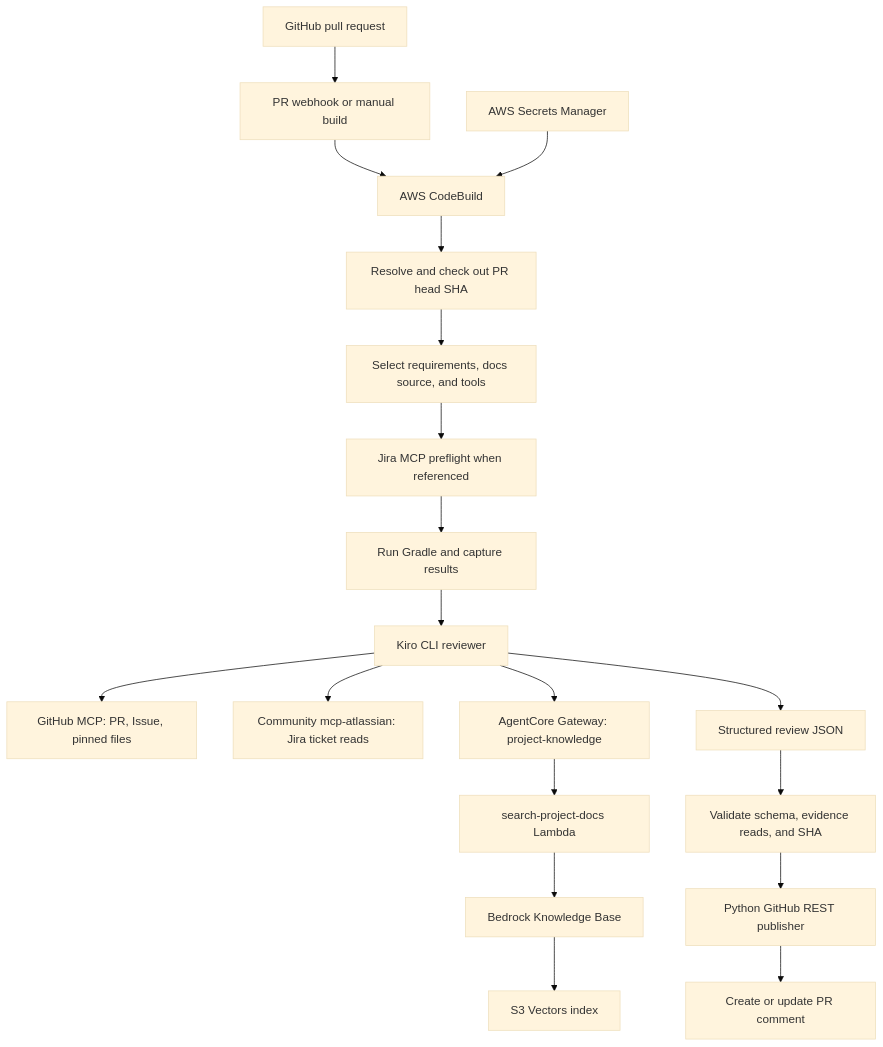
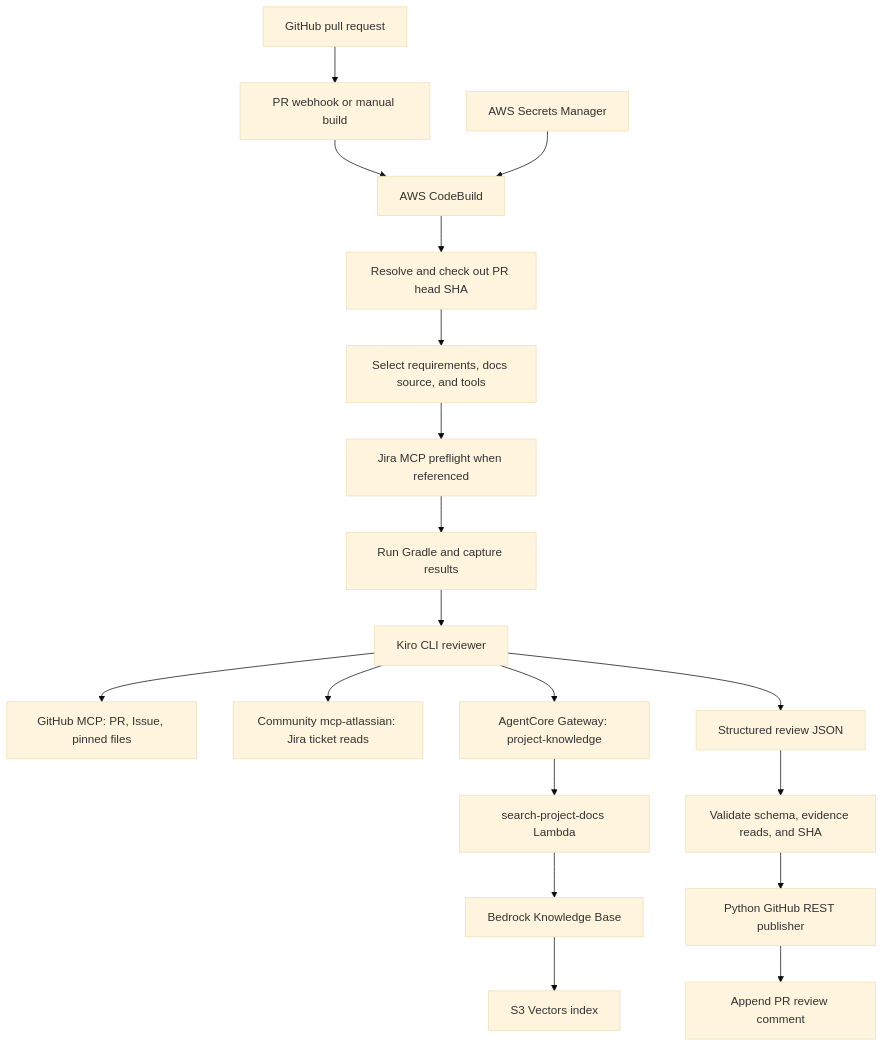
The first of 2 diagrams in README.md (pranaypolishetti26/pr-reviewer-poc), drawn with Mermaid (base theme) before and after one commit. The commit also changed other lines of this file and 2 other files, not shown here.

Commit message:
fix: preserve PR review history with distinct comments (#9)

````diff
--- a/README.md
+++ b/README.md
@@ -37,21 +37,21 @@
 ```mermaid
 flowchart TD
     PR[GitHub pull request] --> Trigger[PR webhook or manual build]
     Trigger --> CB[AWS CodeBuild]
     Secrets[AWS Secrets Manager] --> CB
     CB --> Pin[Resolve and check out PR head SHA]
     Pin --> Context[Select requirements, docs source, and tools]
     Context --> Probe[Jira MCP preflight when referenced]
     Probe --> Tests[Run Gradle and capture results]
     Tests --> Kiro[Kiro CLI reviewer]
     Kiro --> GH[GitHub MCP: PR, Issue, pinned files]
     Kiro --> Jira[Community mcp-atlassian: Jira ticket reads]
     Kiro --> Gateway[AgentCore Gateway: project-knowledge]
     Gateway --> Lambda[search-project-docs Lambda]
     Lambda --> KB[Bedrock Knowledge Base]
     KB --> Index[S3 Vectors index]
     Kiro --> JSON[Structured review JSON]
     JSON --> Guard[Validate schema, evidence reads, and SHA]
     Guard --> Publisher[Python GitHub REST publisher]
-    Publisher --> Comment[Create or update PR comment]
+    Publisher --> Comment[Append PR review comment]
 ```
````
